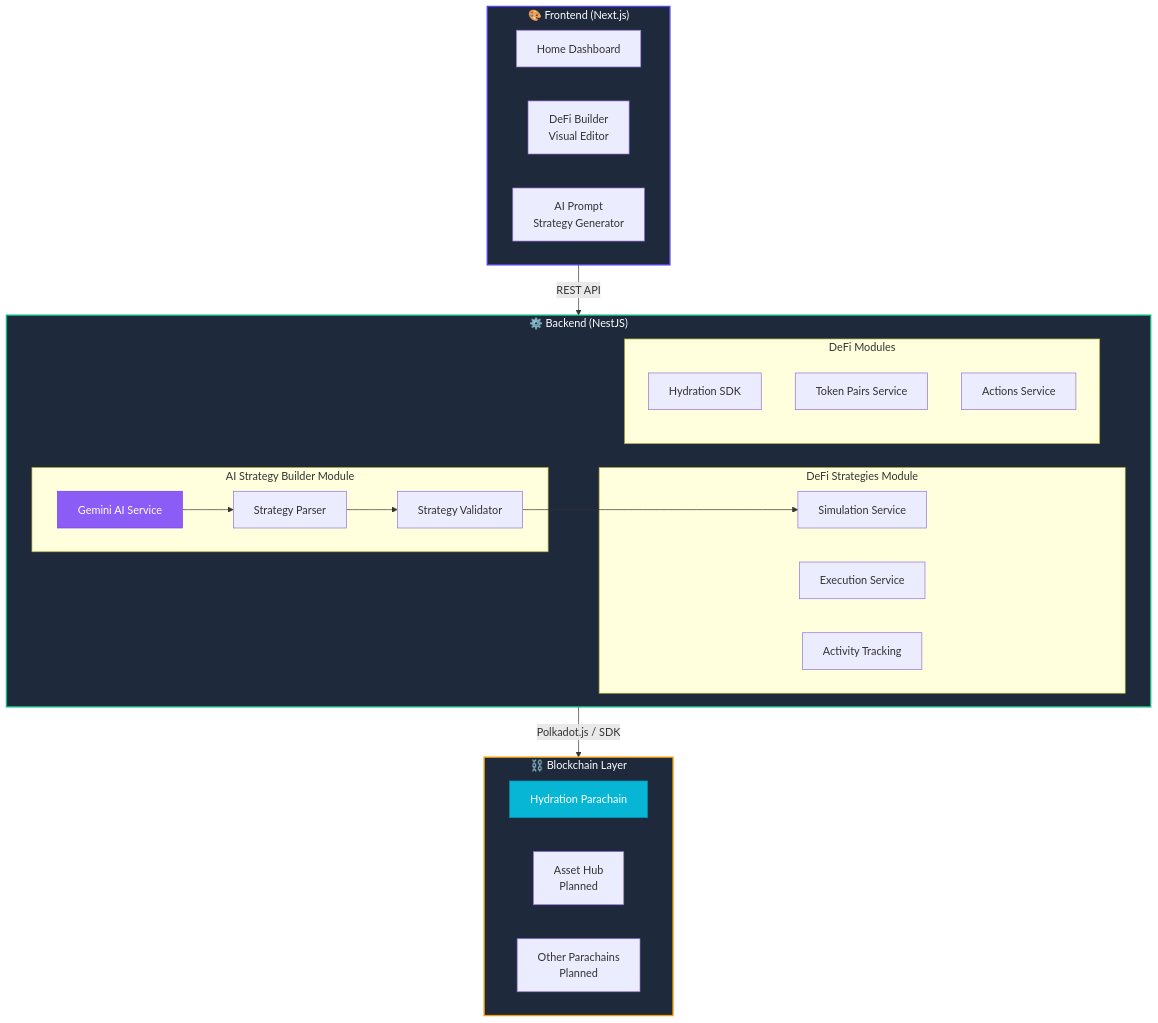
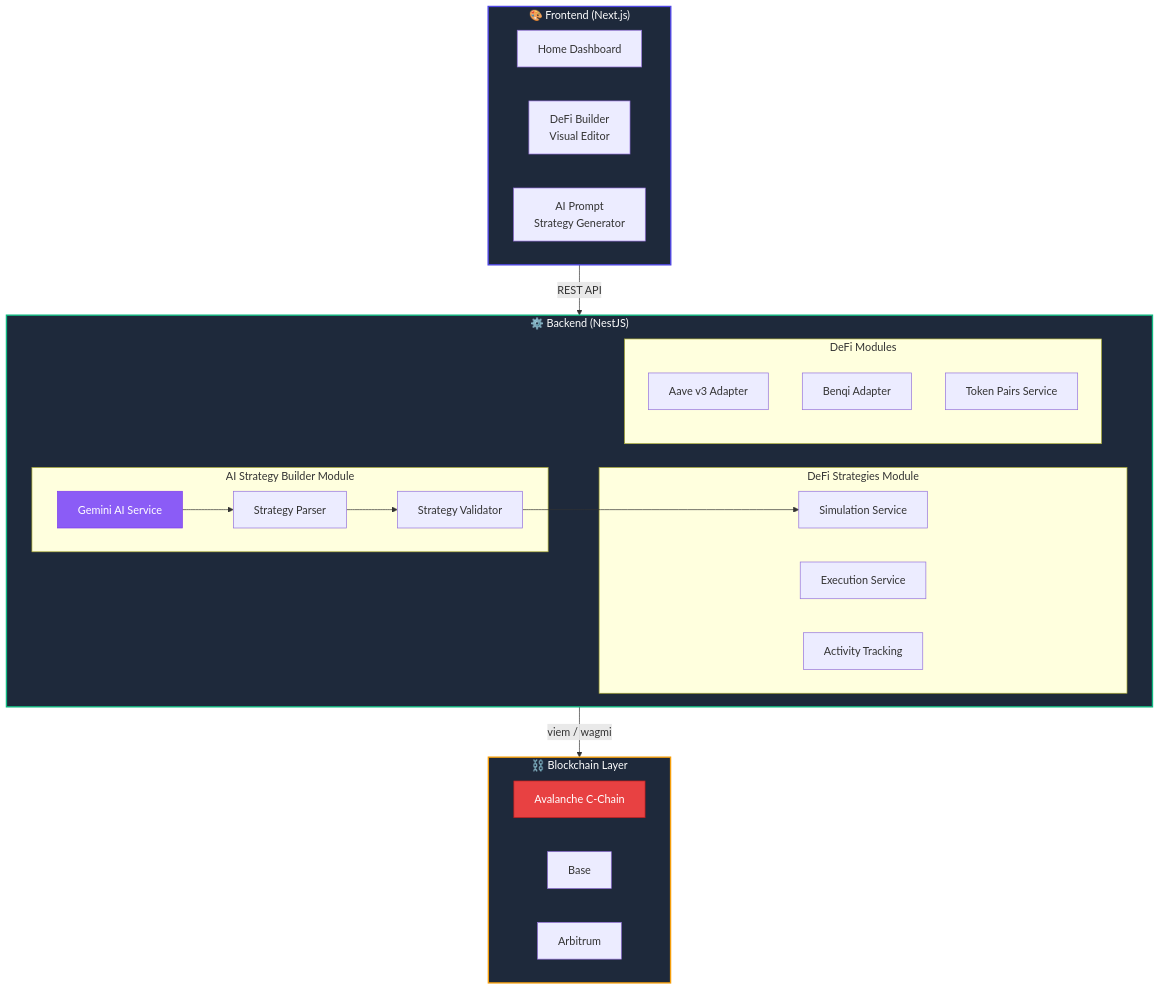
One commit to Tizun71/OceanFin changed the first of 3 diagrams in README.md. Above: the diagram before and after it, drawn with Mermaid. The commit also changed other lines of this file, not shown here.

````diff
--- a/README.md
+++ b/README.md
@@ -92,47 +92,47 @@
 ```mermaid
 graph TB
     subgraph Frontend["🎨 Frontend (Next.js)"]
         Home[Home Dashboard]
         Builder[DeFi Builder<br/>Visual Editor]
         Prompt[AI Prompt<br/>Strategy Generator]
     end
-    
+
     subgraph Backend["⚙️ Backend (NestJS)"]
         subgraph AIModule["AI Strategy Builder Module"]
             Gemini[Gemini AI Service]
             Parser[Strategy Parser]
             Validator[Strategy Validator]
         end
-        
+
         subgraph StrategyModule["DeFi Strategies Module"]
             Simulation[Simulation Service]
             Execution[Execution Service]
             Tracking[Activity Tracking]
         end
-        
+
         subgraph DefiModule["DeFi Modules"]
-            Hydration[Hydration SDK]
+            Aave[Aave v3 Adapter]
+            Benqi[Benqi Adapter]
             Pairs[Token Pairs Service]
-            Actions[Actions Service]
         end
     end
-    
+
     subgraph Blockchain["⛓️ Blockchain Layer"]
-        HydrationChain[Hydration Parachain]
-        AssetHub[Asset Hub<br/>Planned]
-        Others[Other Parachains<br/>Planned]
+        Avalanche[Avalanche C-Chain]
+        Base[Base]
+        Arbitrum[Arbitrum]
     end
-    
+
     Frontend -->|REST API| Backend
-    Backend -->|Polkadot.js / SDK| Blockchain
-    
+    Backend -->|viem / wagmi| Blockchain
+
     Gemini --> Parser
     Parser --> Validator
     Validator --> Simulation
-    
+
     style Frontend fill:#1e293b,stroke:#4f46e5,stroke-width:2px,color:#fff
     style Backend fill:#1e293b,stroke:#10b981,stroke-width:2px,color:#fff
     style Blockchain fill:#1e293b,stroke:#f59e0b,stroke-width:2px,color:#fff
     style Gemini fill:#8b5cf6,stroke:#7c3aed,color:#fff
-    style HydrationChain fill:#06b6d4,stroke:#0891b2,color:#fff
+    style Avalanche fill:#e84142,stroke:#b91c1c,color:#fff
 ```
````
